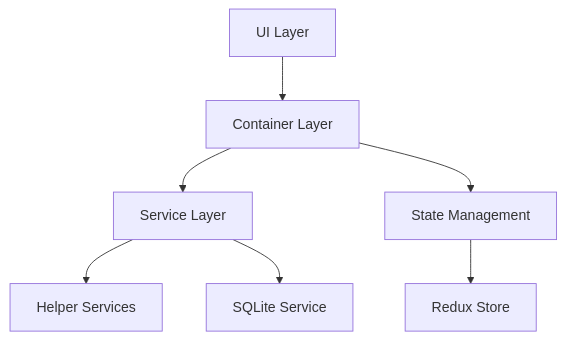
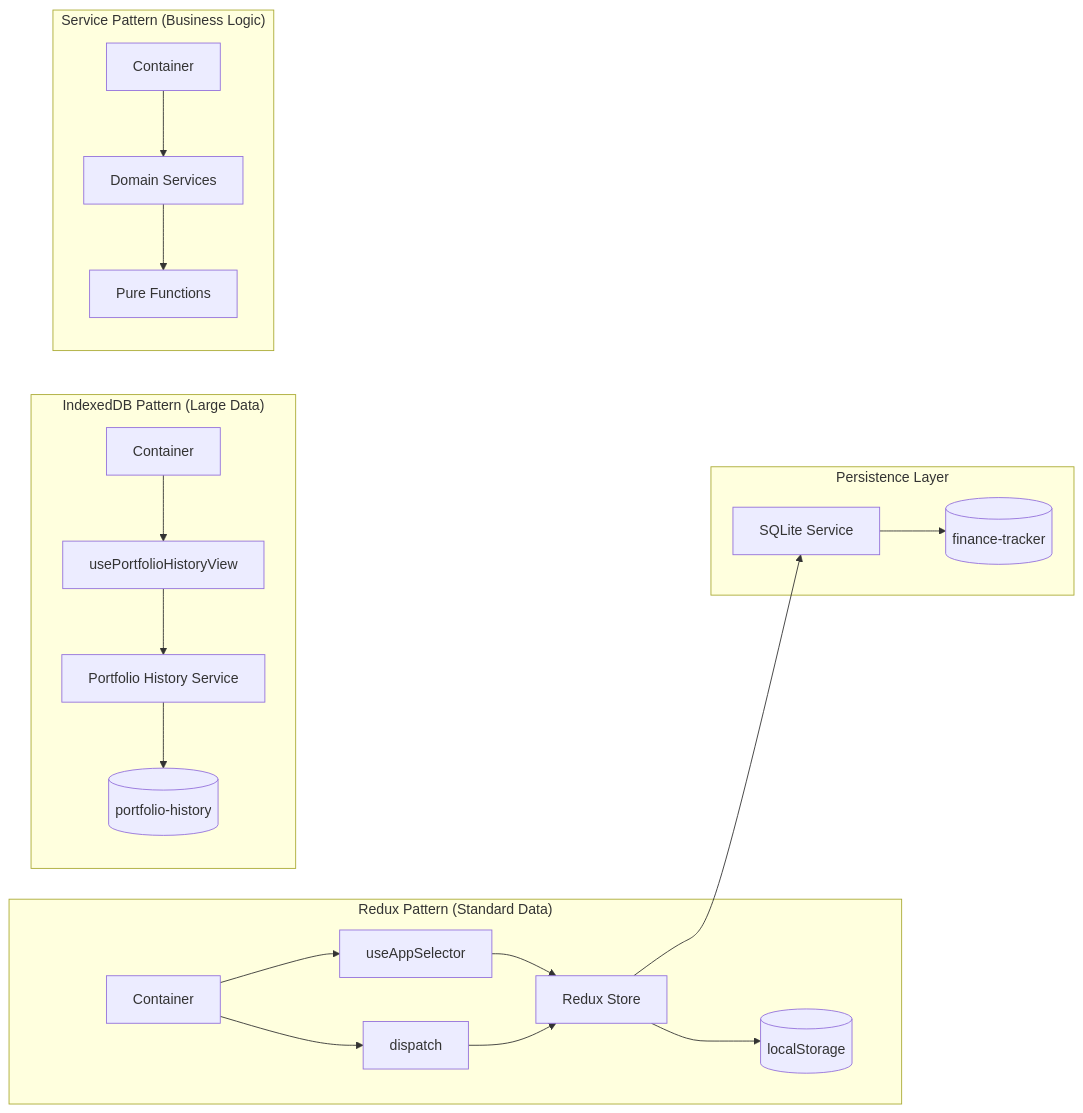
Before and after one commit to ChristianScheub/Typescript_PassivIncomeCalculator: the second of 3 diagrams in README.md, drawn with Mermaid. The commit also changed other lines of this file and 5 other files, not shown here.

````diff
--- a/README.md
+++ b/README.md
@@ -37,9 +92,26 @@
 ```mermaid
-graph TD
-    UI[UI Layer] --> Container[Container Layer]
-    Container --> Service[Service Layer]
-    Container --> Store[State Management]
-    Service --> Helper[Helper Services]
-    Service --> SQLite[SQLite Service]
-    Store --> Redux[Redux Store]
+graph LR
+    subgraph "Redux Pattern (Standard Data)"
+        Container1[Container] --> Selector[useAppSelector]
+        Selector --> Store[Redux Store]
+        Container1 --> Dispatch[dispatch]
+        Dispatch --> Store
+        Store --> LocalStorage[(localStorage)]
+    end
+    
+    subgraph "IndexedDB Pattern (Large Data)"
+        Container2[Container] --> Hook2[usePortfolioHistoryView]
+        Hook2 --> Service[Portfolio History Service]
+        Service --> DB2[(portfolio-history)]
+    end
+    
+    subgraph "Service Pattern (Business Logic)"
+        Container3[Container] --> DomainService[Domain Services]
+        DomainService --> Calculation[Pure Functions]
+    end
+    
+    subgraph "Persistence Layer"
+        Store --> SQLiteService[SQLite Service]
+        SQLiteService --> DB1[(finance-tracker)]
+    end
 ```
````
